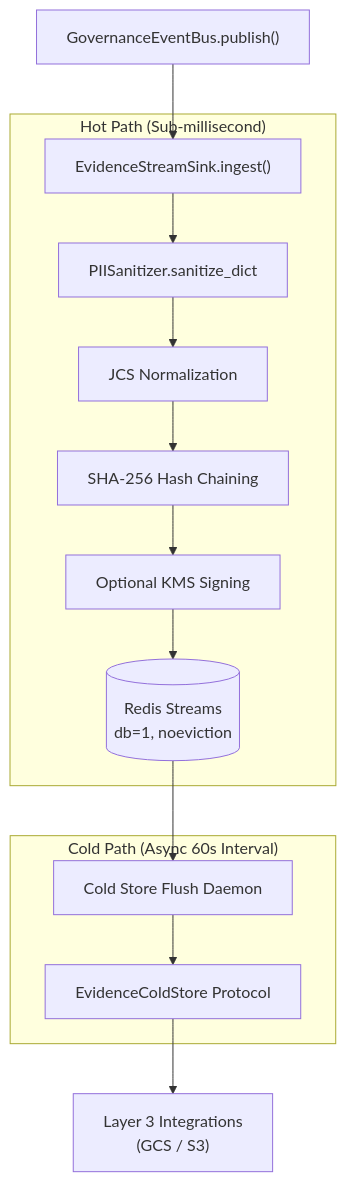
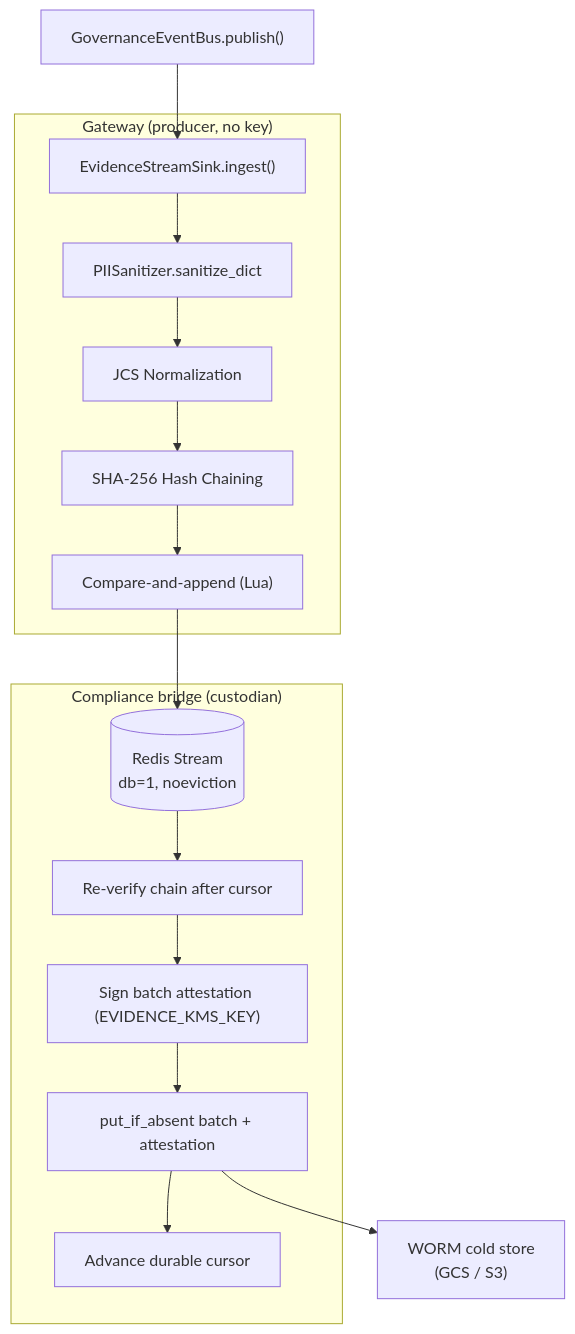
The diagram in docs/architecture/EVIDENCE_CHAIN.md (google/cybernetic-agent-governance-engine), drawn with Mermaid before and after one commit. The commit also changed other lines of this file and 40 other files, not shown here.

First line of the commit message:
fix(compliance)!: move evidence custody to compliance bridge (#325)

````diff
--- a/docs/architecture/EVIDENCE_CHAIN.md
+++ b/docs/architecture/EVIDENCE_CHAIN.md
@@ -15,19 +16,22 @@
 ```mermaid
 flowchart TD
     EventBus["GovernanceEventBus.publish()"] --> Ingest["EvidenceStreamSink.ingest()"]
-    
-    subgraph Hot["Hot Path (Sub-millisecond)"]
+
+    subgraph Producer["Gateway (producer, no key)"]
         Ingest --> PII[PIISanitizer.sanitize_dict]
         PII --> JCS[JCS Normalization]
         JCS --> Hash[SHA-256 Hash Chaining]
-        Hash --> KMS[Optional KMS Signing]
-        KMS --> Redis[("Redis Streams\ndb=1, noeviction")]
+        Hash --> CAS["Compare-and-append (Lua)"]
     end
-    
-    subgraph Cold["Cold Path (Async 60s Interval)"]
-        Redis --> Flush[Cold Store Flush Daemon]
-        Flush --> Protocol[EvidenceColdStore Protocol]
+
+    CAS --> Redis[("Redis Stream\ndb=1, noeviction")]
+
+    subgraph Custodian["Compliance bridge (custodian)"]
+        Redis --> Verify["Re-verify chain after cursor"]
+        Verify --> Sign["Sign batch attestation (EVIDENCE_KMS_KEY)"]
+        Sign --> Put["put_if_absent batch + attestation"]
+        Put --> Cursor["Advance durable cursor"]
     end
-    
-    Protocol --> Integrations["Layer 3 Integrations\n(GCS / S3)"]
+
+    Put --> Integrations["WORM cold store\n(GCS / S3)"]
 ```
````
